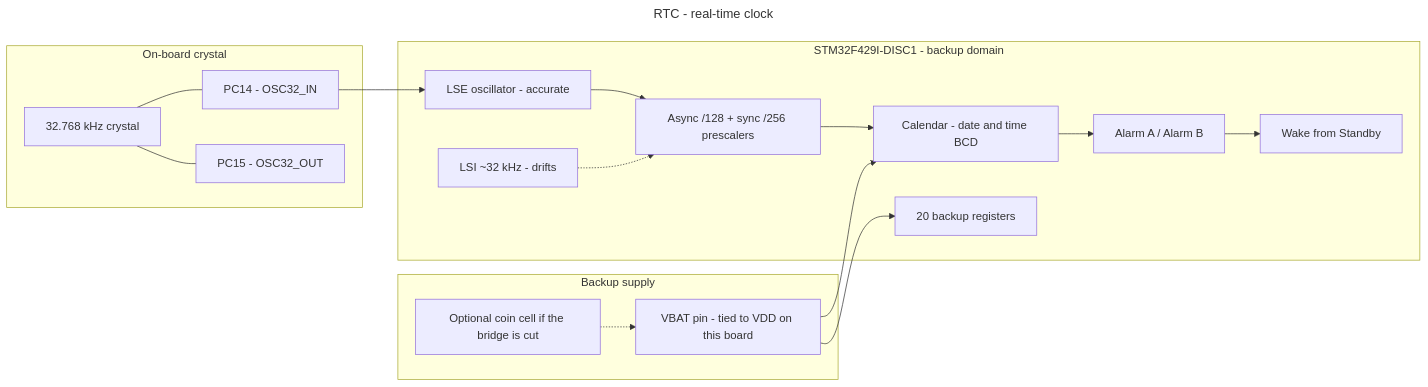
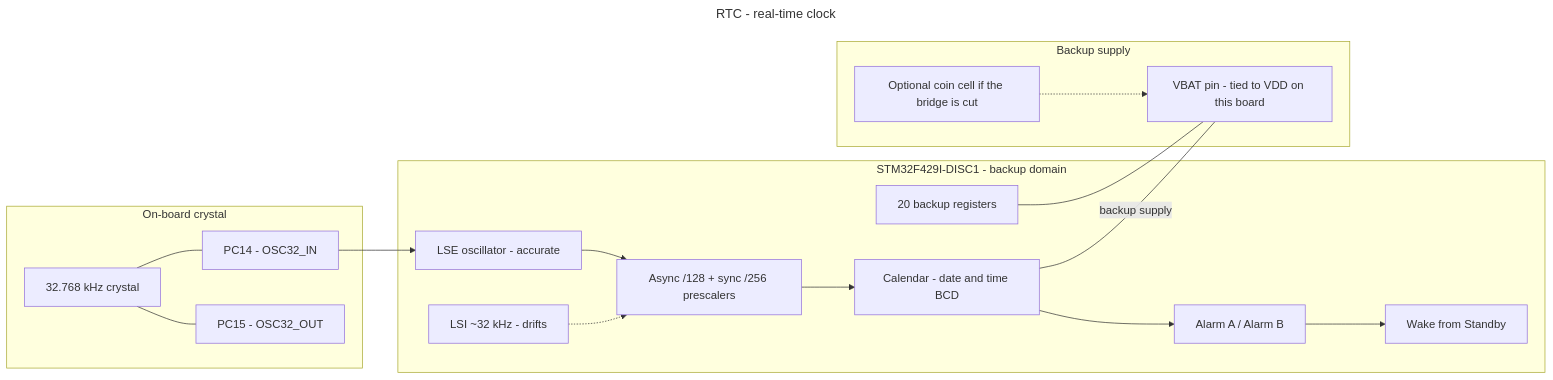
One commit to Ekpenyong-Esu/BareMetalMCU2 changed the diagram in Sensor_Cons/Peripherals/RTC/rtc_wiring.mmd. Above: the diagram before and after it, drawn with Mermaid. The commit also changed 3 other files, not shown here.

```diff
--- a/Sensor_Cons/Peripherals/RTC/rtc_wiring.mmd
+++ b/Sensor_Cons/Peripherals/RTC/rtc_wiring.mmd
@@ -1,41 +1,41 @@
 ---
 title: RTC - real-time clock
 ---
 %% ON-CHIP ONLY. No signal pins to wire.
 %% The 32.768 kHz crystal on PC14/PC15 is already fitted on the DISC1.
 %% VBAT is tied to VDD on this board unless you cut the solder bridge, so the
 %% clock and the backup registers do NOT survive a power cut as shipped.
 %% Choose LSE for real timekeeping; LSI drifts far too much for a clock.
 flowchart LR
     subgraph XTAL["On-board crystal"]
         OSCIN["PC14 - OSC32_IN"]
         OSCOUT["PC15 - OSC32_OUT"]
         Q["32.768 kHz crystal"]
     end
 
     subgraph MCU["STM32F429I-DISC1 - backup domain"]
         LSE["LSE oscillator - accurate"]
         LSI["LSI ~32 kHz - drifts"]
         PRE["Async /128 + sync /256 prescalers"]
         CAL["Calendar - date and time BCD"]
         ALRM["Alarm A / Alarm B"]
         BKPR["20 backup registers"]
         WK["Wake from Standby"]
     end
 
     subgraph PWRIN["Backup supply"]
         VBAT["VBAT pin - tied to VDD on this board"]
         COIN["Optional coin cell if the bridge is cut"]
     end
 
     Q --- OSCIN
     Q --- OSCOUT
     OSCIN --> LSE
     LSE --> PRE
     LSI -.-> PRE
     PRE --> CAL
     CAL --> ALRM
     ALRM --> WK
-    VBAT --> BKPR
-    VBAT --> CAL
+    BKPR --- VBAT
+    CAL ---|"backup supply"| VBAT
     COIN -.-> VBAT
```
